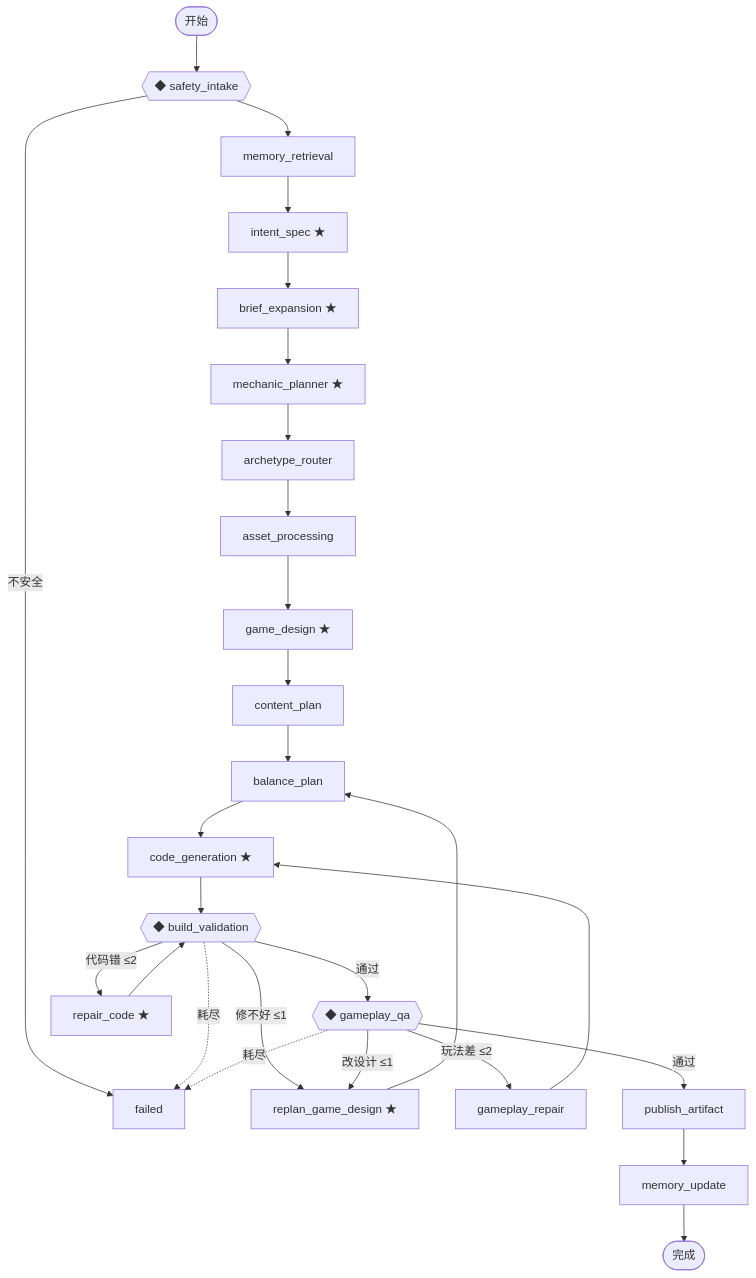
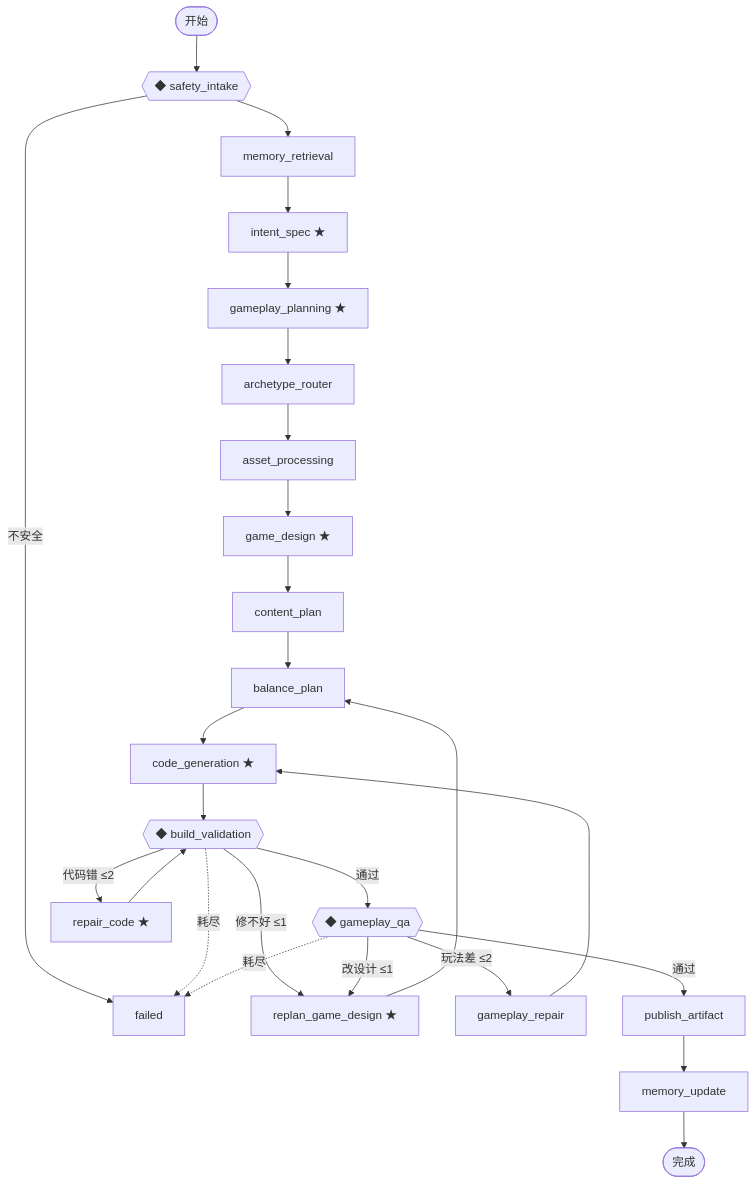
One commit to charlie11sun-netizen/yahaha changed the third of 8 diagrams in docs/系统架构.md. Above: the diagram before and after it, drawn with Mermaid. The commit also changed other lines of this file and 14 other files, not shown here.

Commit message:
refactor: merge gameplay planning agents

````diff
--- a/docs/系统架构.md
+++ b/docs/系统架构.md
@@ -138,29 +138,28 @@
 ```mermaid
 flowchart TB
     START(["开始"]) --> safety{{"◆ safety_intake"}}
     safety -->|"不安全"| failed["failed"]
     safety --> memory["memory_retrieval"]
     memory --> intent["intent_spec ★"]
-    intent --> brief["brief_expansion ★"]
-    brief --> mech["mechanic_planner ★"]
-    mech --> arch["archetype_router"]
+    intent --> planning["gameplay_planning ★"]
+    planning --> arch["archetype_router"]
     arch --> asset["asset_processing"]
     asset --> design["game_design ★"]
     design --> content["content_plan"]
     content --> balance["balance_plan"]
     balance --> code["code_generation ★"]
     code --> build{{"◆ build_validation"}}
     build -->|"通过"| qa{{"◆ gameplay_qa"}}
     build -->|"代码错 ≤2"| repair["repair_code ★"]
     repair --> build
     build -->|"修不好 ≤1"| replan["replan_game_design ★"]
     qa -->|"玩法差 ≤2"| gprepair["gameplay_repair"]
     gprepair --> code
     qa -->|"改设计 ≤1"| replan
     replan --> balance
     qa -->|"通过"| publish["publish_artifact"]
     publish --> memupdate["memory_update"]
     memupdate --> done(["完成"])
     build -. 耗尽 .-> failed
     qa -. 耗尽 .-> failed
 ```
````
